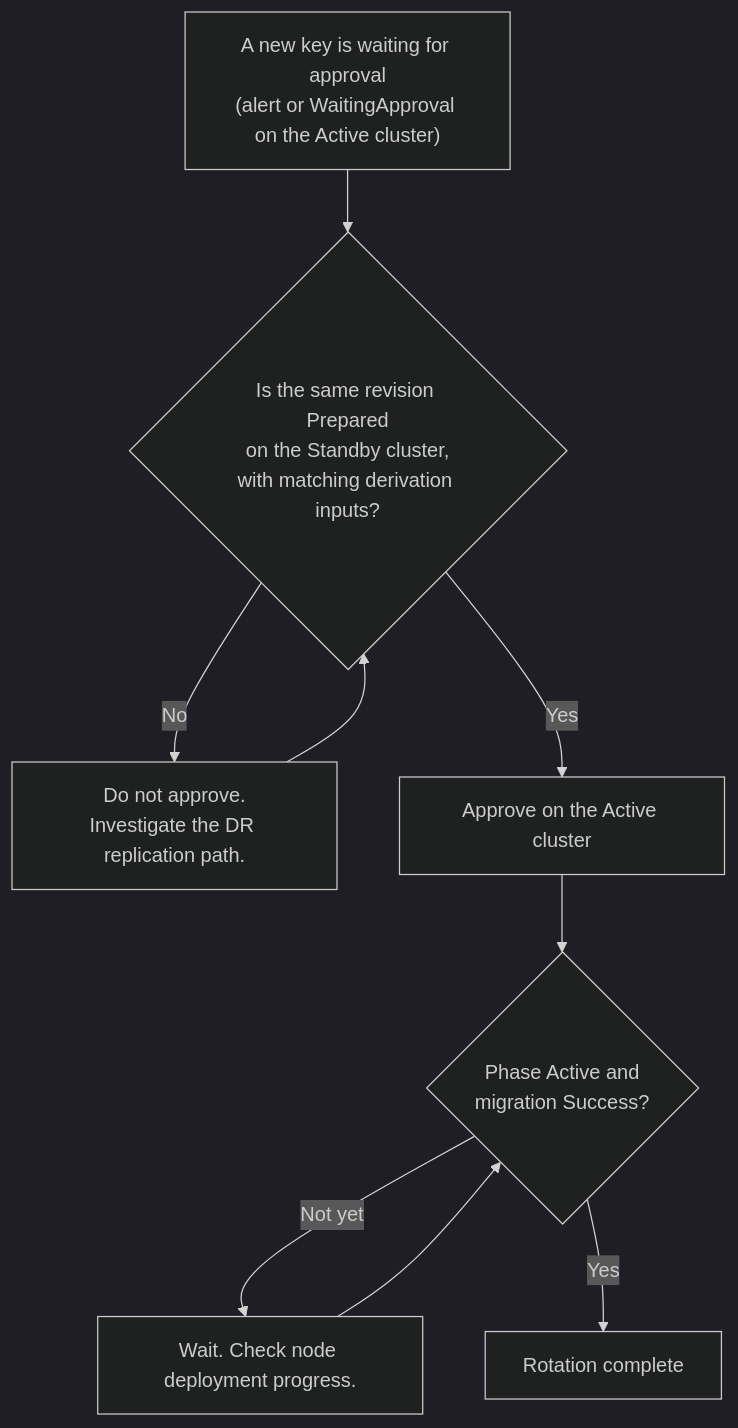
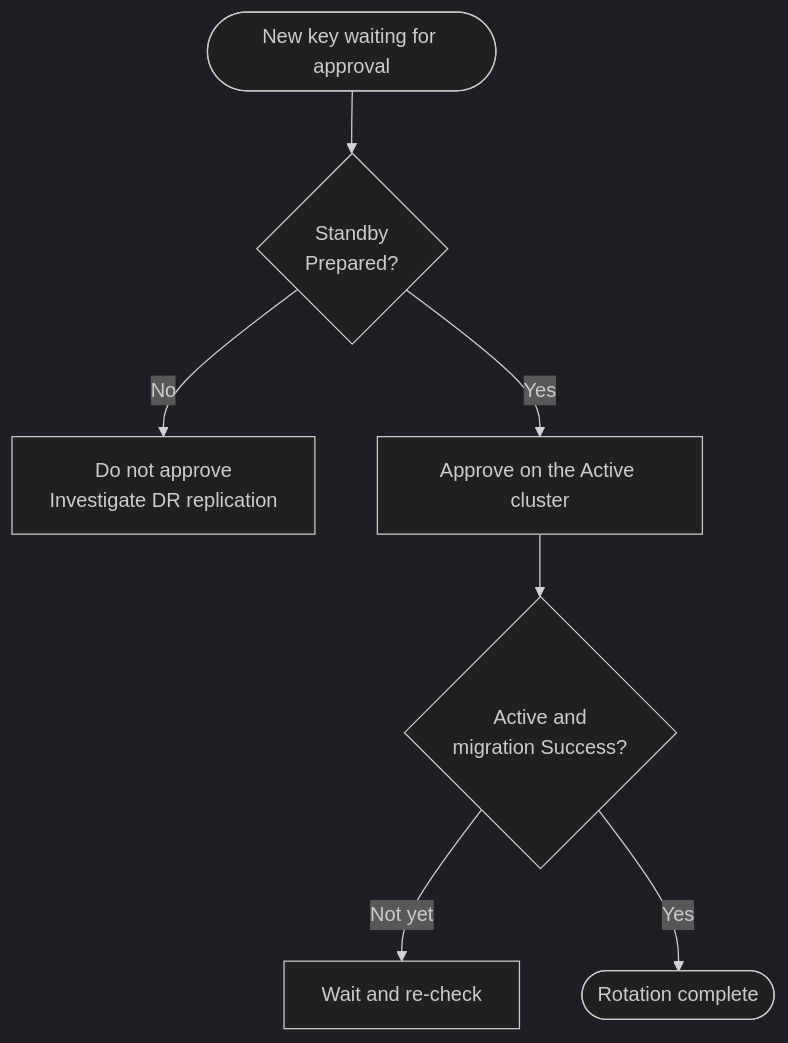
The diagram in docs/en/configure/etcd/encryption.mdx (alauda/acp-docs), drawn with Mermaid (dark theme) before and after one commit.

Commit message:
docs(etcd): simplify the approval decision flow diagram
Shorten the decision labels and drop the loop-back edges so the diagram
stays compact and readable.

````diff
--- a/docs/en/configure/etcd/encryption.mdx
+++ b/docs/en/configure/etcd/encryption.mdx
@@ -173,11 +173,9 @@
 ```mermaid
 flowchart TD
-    a["A new key is waiting for approval<br/>(alert or WaitingApproval on the Active cluster)"] --> b{"Is the same revision Prepared<br/>on the Standby cluster,<br/>with matching derivation inputs?"}
-    b -- "No" --> c["Do not approve.<br/>Investigate the DR replication path."]
-    c --> b
-    b -- "Yes" --> d["Approve on the Active cluster"]
-    d --> e{"Phase Active and<br/>migration Success?"}
-    e -- "Not yet" --> f["Wait. Check node deployment progress."]
-    f --> e
-    e -- "Yes" --> g["Rotation complete"]
+    start(["New key waiting for approval"]) --> ready{"Standby<br/>Prepared?"}
+    ready -- "No" --> stop["Do not approve<br/>Investigate DR replication"]
+    ready -- "Yes" --> approve["Approve on the Active cluster"]
+    approve --> active{"Active and<br/>migration Success?"}
+    active -- "Not yet" --> wait["Wait and re-check"]
+    active -- "Yes" --> finish(["Rotation complete"])
 ```
````
